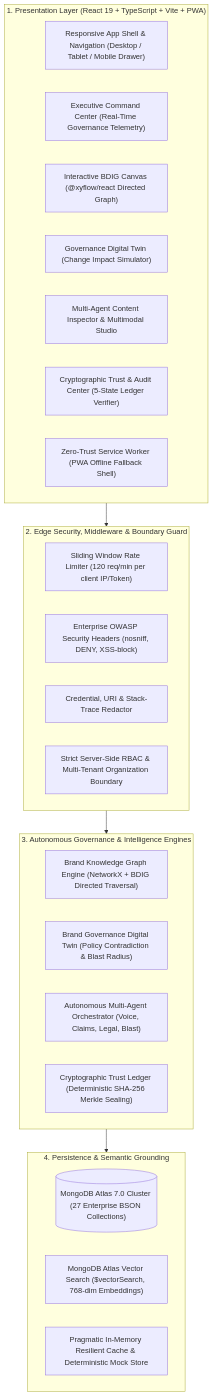
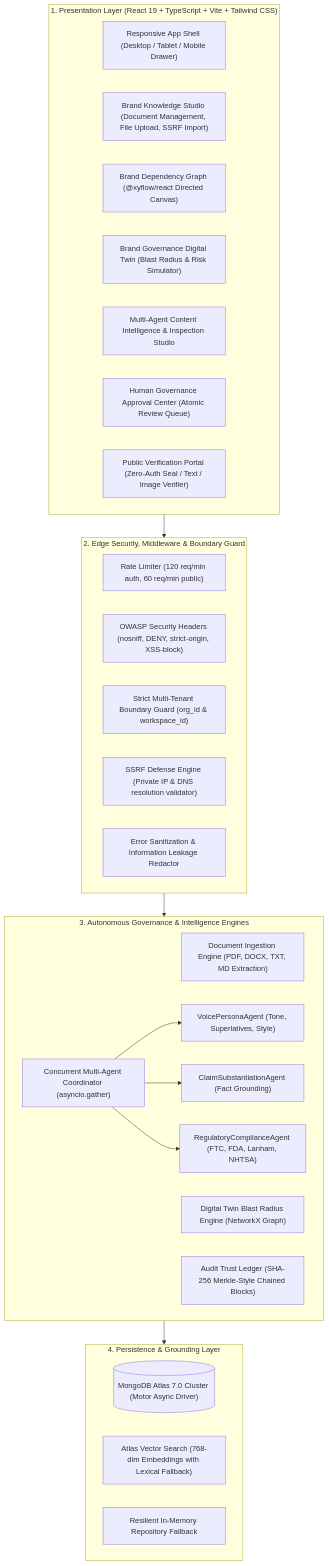
The first of 5 diagrams in docs/ARCHITECTURE.md (Jaswant-Karun/BrandTrace-AI), drawn with Mermaid before and after one commit. The commit also changed other lines of this file and 5 other files, not shown here.

````diff
--- a/docs/ARCHITECTURE.md
+++ b/docs/ARCHITECTURE.md
@@ -14,36 +24,43 @@
 ```mermaid
 flowchart TB
-    subgraph PresentationLayer ["1. Presentation Layer (React 19 + TypeScript + Vite + PWA)"]
-        UI_Nav["Responsive App Shell & Navigation (Desktop / Tablet / Mobile Drawer)"]
-        UI_CC["Executive Command Center (Real-Time Governance Telemetry)"]
-        UI_Canvas["Interactive BDIG Canvas (@xyflow/react Directed Graph)"]
-        UI_Sim["Governance Digital Twin (Change Impact Simulator)"]
-        UI_Inspect["Multi-Agent Content Inspector & Multimodal Studio"]
-        UI_Trust["Cryptographic Trust & Audit Center (5-State Ledger Verifier)"]
-        UI_PWA["Zero-Trust Service Worker (PWA Offline Fallback Shell)"]
+    subgraph ClientLayer ["1. Presentation Layer (React 19 + TypeScript + Vite + Tailwind CSS)"]
+        UI_Nav["Responsive App Shell (Desktop / Tablet / Mobile Drawer)"]
+        UI_Doc["Brand Knowledge Studio (Document Management, File Upload, SSRF Import)"]
+        UI_BDIG["Brand Dependency Graph (@xyflow/react Directed Canvas)"]
+        UI_Sim["Brand Governance Digital Twin (Blast Radius &amp; Risk Simulator)"]
+        UI_Agents["Multi-Agent Content Intelligence &amp; Inspection Studio"]
+        UI_Approvals["Human Governance Approval Center (Atomic Review Queue)"]
+        UI_Public["Public Verification Portal (Zero-Auth Seal / Text / Image Verifier)"]
     end
 
-    subgraph SecurityLayer ["2. Edge Security, Middleware & Boundary Guard"]
-        RateLimit["Sliding Window Rate Limiter (120 req/min per client IP/Token)"]
-        SecHeaders["Enterprise OWASP Security Headers (nosniff, DENY, XSS-block)"]
-        Sanitization["Credential, URI & Stack-Trace Redactor"]
-        RBAC_Guard["Strict Server-Side RBAC & Multi-Tenant Organization Boundary"]
+    subgraph SecurityLayer ["2. Edge Security, Middleware &amp; Boundary Guard"]
+        RateLimit["Rate Limiter (120 req/min auth, 60 req/min public)"]
+        SecHeaders["OWASP Security Headers (nosniff, DENY, strict-origin, XSS-block)"]
+        TenantGuard["Strict Multi-Tenant Boundary Guard (org_id &amp; workspace_id)"]
+        SSRFGuard["SSRF Defense Engine (Private IP &amp; DNS resolution validator)"]
+        ErrorSanitizer["Error Sanitization &amp; Information Leakage Redactor"]
     end
 
-    subgraph CoreEngines ["3. Autonomous Governance & Intelligence Engines"]
-        Graph_Engine["Brand Knowledge Graph Engine (NetworkX + BDIG Directed Traversal)"]
-        DigitalTwin["Brand Governance Digital Twin (Policy Contradiction & Blast Radius)"]
-        AgentPipeline["Autonomous Multi-Agent Orchestrator (Voice, Claims, Legal, Blast)"]
-        Ledger_Engine["Cryptographic Trust Ledger (Deterministic SHA-256 Merkle Sealing)"]
+    subgraph CoreEngines ["3. Autonomous Governance &amp; Intelligence Engines"]
+        DocIngest["Document Ingestion Engine (PDF, DOCX, TXT, MD Extraction)"]
+        AgentCoord["Concurrent Multi-Agent Coordinator (asyncio.gather)"]
+        VoiceAgent["VoicePersonaAgent (Tone, Superlatives, Style)"]
+        ClaimAgent["ClaimSubstantiationAgent (Fact Grounding)"]
+        RegAgent["RegulatoryComplianceAgent (FTC, FDA, Lanham, NHTSA)"]
+        DigitalTwin["Digital Twin Blast Radius Engine (NetworkX Graph)"]
+        LedgerEngine["Audit Trust Ledger (SHA-256 Merkle-Style Chained Blocks)"]
     end
 
-    subgraph PersistenceLayer ["4. Persistence & Semantic Grounding"]
-        Atlas_DB[("MongoDB Atlas 7.0 Cluster (27 Enterprise BSON Collections)")]
-        Atlas_Vector["MongoDB Atlas Vector Search ($vectorSearch, 768-dim Embeddings)"]
-        Memory_Fallback["Pragmatic In-Memory Resilient Cache & Deterministic Mock Store"]
+    subgraph PersistenceLayer ["4. Persistence &amp; Grounding Layer"]
+        Atlas_DB[("MongoDB Atlas 7.0 Cluster (Motor Async Driver)")]
+        Atlas_Vector["Atlas Vector Search (768-dim Embeddings with Lexical Fallback)"]
+        Memory_Fallback["Resilient In-Memory Repository Fallback"]
     end
 
-    PresentationLayer --> SecurityLayer
+    ClientLayer --> SecurityLayer
     SecurityLayer --> CoreEngines
+    AgentCoord --> VoiceAgent
+    AgentCoord --> ClaimAgent
+    AgentCoord --> RegAgent
     CoreEngines --> PersistenceLayer
 ```
````
